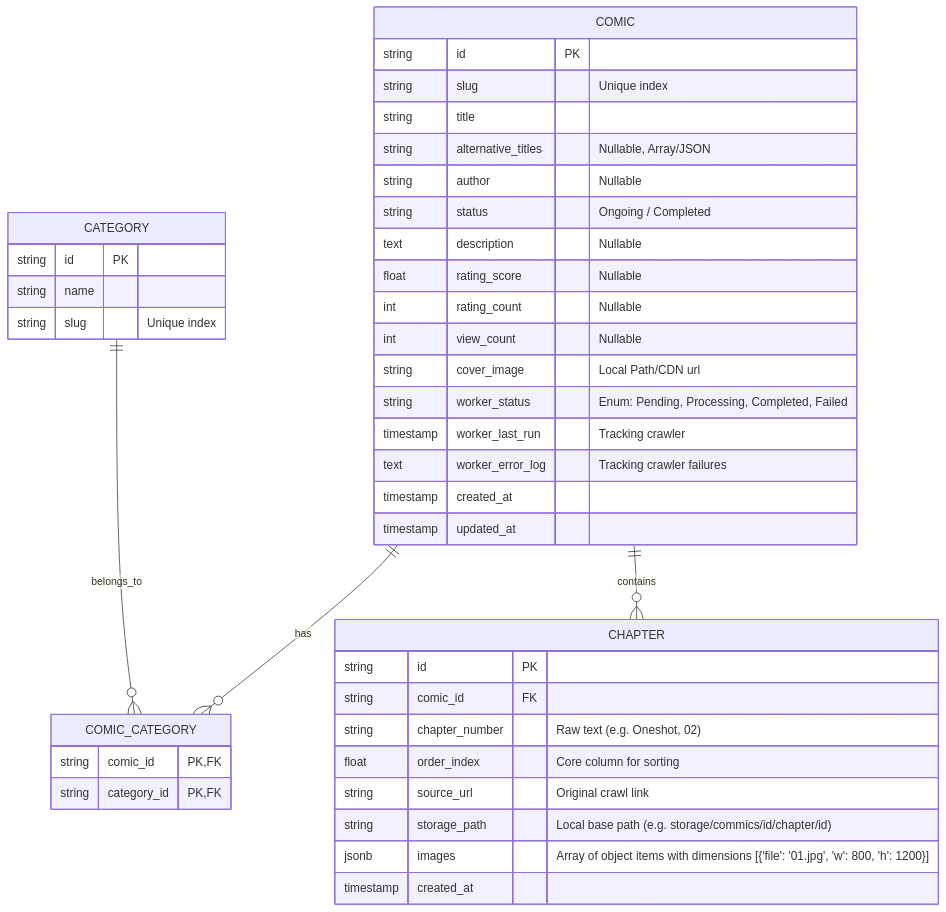
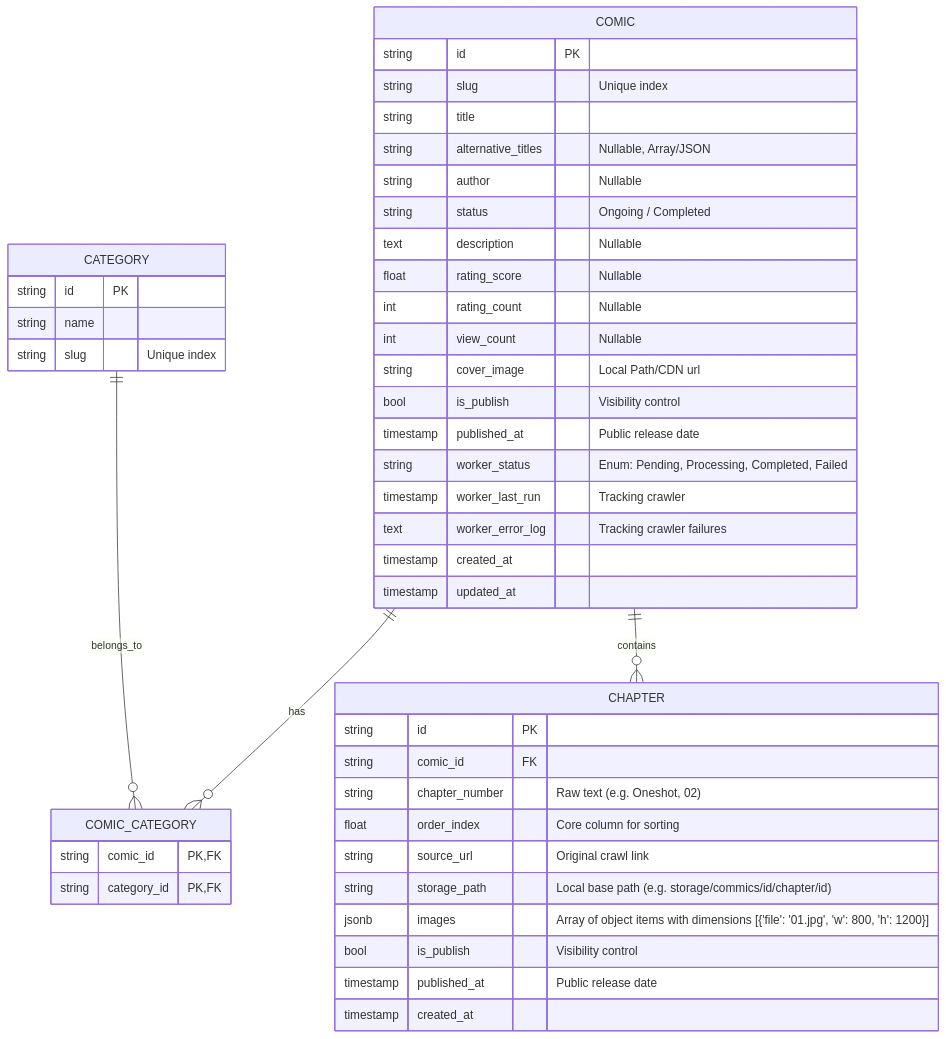
Before and after one commit to devnguyen2507/the-commics: the diagram in docs/030-Specs/Spec-Database.md, drawn with Mermaid. The commit also changed other lines of this file and 32 other files, not shown here.

Commit message:
feat: Implement content publishing control with `is_publish` and `published_at` fields across database, GraphQL API, and frontend.

````diff
--- a/docs/030-Specs/Spec-Database.md
+++ b/docs/030-Specs/Spec-Database.md
@@ -36,47 +36,51 @@
 ```mermaid
 erDiagram
     COMIC ||--o{ COMIC_CATEGORY : has
     CATEGORY ||--o{ COMIC_CATEGORY : belongs_to
     COMIC ||--o{ CHAPTER : contains
 
     COMIC {
         string id PK
         string slug "Unique index"
         string title
         string alternative_titles "Nullable, Array/JSON"
         string author "Nullable"
         string status "Ongoing / Completed"
         text description "Nullable"
         float rating_score "Nullable"
         int rating_count "Nullable"
         int view_count "Nullable"
         string cover_image "Local Path/CDN url"
+        bool is_publish "Visibility control"
+        timestamp published_at "Public release date"
         string worker_status "Enum: Pending, Processing, Completed, Failed"
         timestamp worker_last_run "Tracking crawler"
         text worker_error_log "Tracking crawler failures"
         timestamp created_at
         timestamp updated_at
     }
 
     CATEGORY {
         string id PK
         string name
         string slug "Unique index"
     }
 
     COMIC_CATEGORY {
         string comic_id PK, FK
         string category_id PK, FK
     }
 
     CHAPTER {
         string id PK
         string comic_id FK
         string chapter_number "Raw text (e.g. Oneshot, 02)"
         float order_index "Core column for sorting"
         string source_url "Original crawl link"
         string storage_path "Local base path (e.g. storage/commics/id/chapter/id)"
         jsonb images "Array of object items with dimensions [{'file': '01.jpg', 'w': 800, 'h': 1200}]"
+        bool is_publish "Visibility control"
+        timestamp published_at "Public release date"
         timestamp created_at
     }
 ```
````
